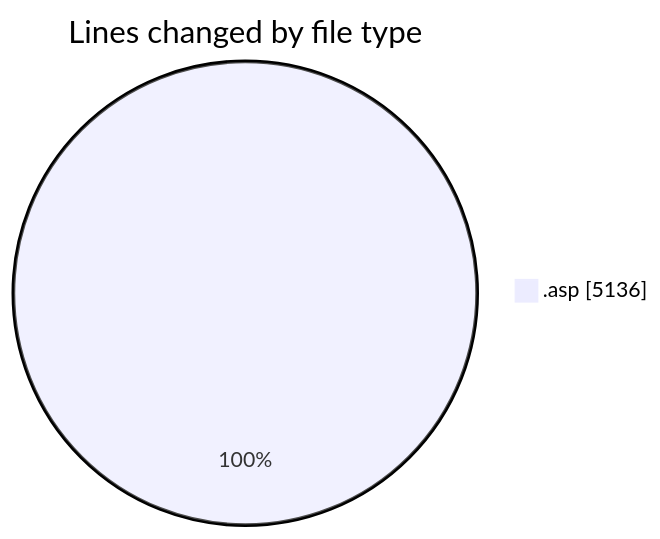
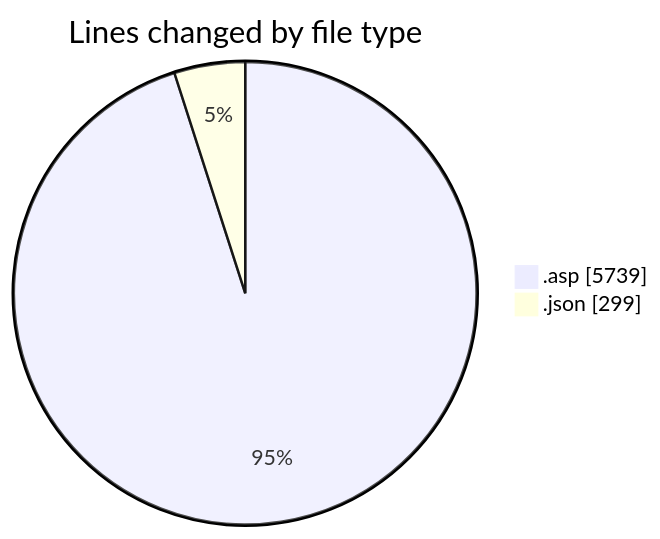
The first of 2 diagrams in 2025-11-15/usr_aleoudev_fr__workspace_/README.md (julien-gomy/code-tracking), drawn with Mermaid before and after one commit. The commit also changed other lines of this file and 1 other file, not shown here.

````diff
--- a/2025-11-15/usr_aleoudev_fr__workspace_/README.md
+++ b/2025-11-15/usr_aleoudev_fr__workspace_/README.md
@@ -22,5 +25,6 @@
 ```mermaid
 pie showData
 title Lines changed by file type
-".asp" : 5136
+".asp" : 5739
+".json" : 299
 ```
````
